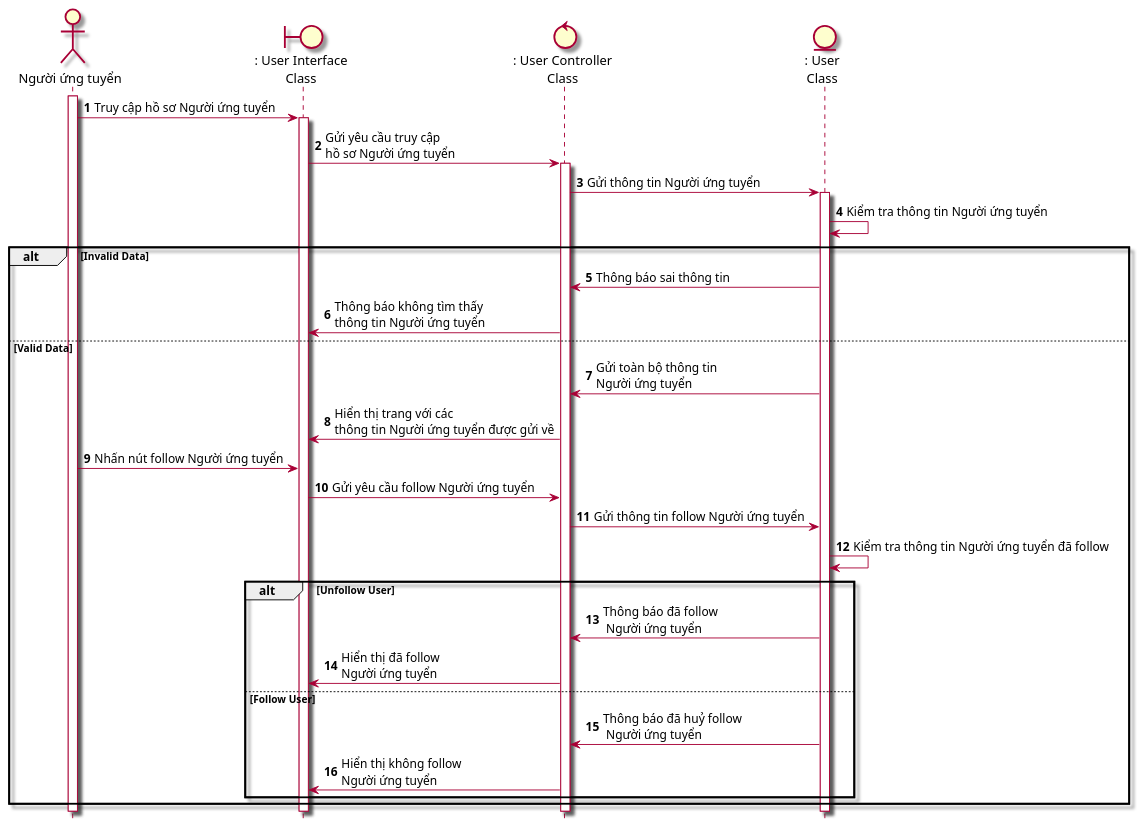
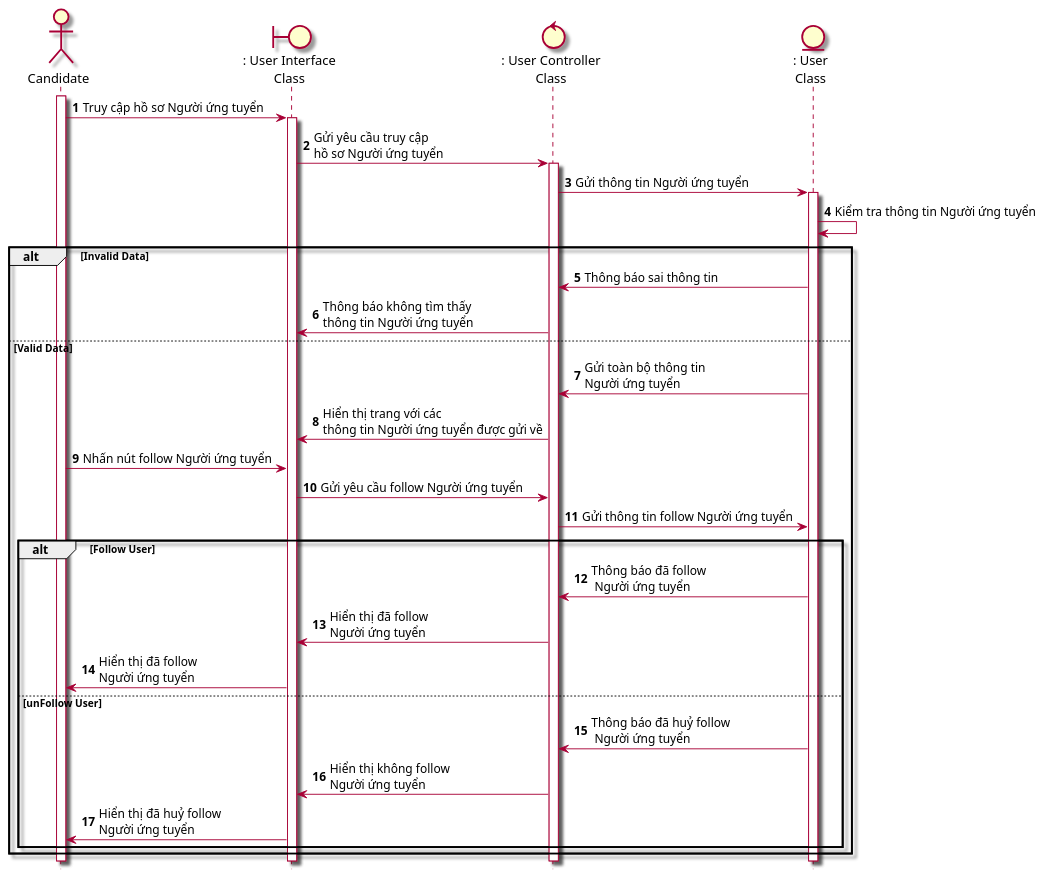
The diagram in Lab1/Lab 1.2 Diagram/Sequence/FilePUML/3.2 SeqTheoDoiNguoiUngTuyen.puml (Griselda4774/EAS-EmploymentAssistanceSystem), drawn with PlantUML before and after one commit. The commit also changed 20 other files, not shown here.

```diff
--- a/Lab1/Lab 1.2 Diagram/Sequence/FilePUML/3.2 SeqTheoDoiNguoiUngTuyen.puml
+++ b/Lab1/Lab 1.2 Diagram/Sequence/FilePUML/3.2 SeqTheoDoiNguoiUngTuyen.puml
@@ -1,32 +1,34 @@
 @startuml SeqTheoDoiCongTyTuyenDung
 skin rose 
 hide footbox
-actor nguoiUngTuyen as "Người ứng tuyển"
+actor candidate as "Candidate"
 boundary userInterface as ": User Interface\nClass"
 control userController as ": User Controller\nClass"
 entity User as ": User\nClass"
-nguoiUngTuyen++
+candidate++
 autonumber
-nguoiUngTuyen -> userInterface++: Truy cập hồ sơ Người ứng tuyển
+candidate -> userInterface++: Truy cập hồ sơ Người ứng tuyển
 userInterface -> userController++: Gửi yêu cầu truy cập \nhồ sơ Người ứng tuyển 
 userController -> User++: Gửi thông tin Người ứng tuyển
 User -> User: Kiểm tra thông tin Người ứng tuyển 
 alt Invalid Data
 User -> userController: Thông báo sai thông tin
 userController-> userInterface: Thông báo không tìm thấy\nthông tin Người ứng tuyển
 else Valid Data
 User -> userController: Gửi toàn bộ thông tin \nNgười ứng tuyển
 userController -> userInterface: Hiển thị trang với các \nthông tin Người ứng tuyển được gửi về
-nguoiUngTuyen -> userInterface: Nhấn nút follow Người ứng tuyển
+candidate -> userInterface: Nhấn nút follow Người ứng tuyển
 userInterface -> userController: Gửi yêu cầu follow Người ứng tuyển
 userController -> User: Gửi thông tin follow Người ứng tuyển
-User -> User: Kiểm tra thông tin Người ứng tuyển đã follow
-    alt Unfollow User
+    alt Follow User
         User -> userController: Thông báo đã follow\n Người ứng tuyển
         userController->userInterface: Hiển thị đã follow \nNgười ứng tuyển 
-    else Follow User
+        userInterface->candidate: Hiển thị đã follow \nNgười ứng tuyển 
+
+    else unFollow User
         User -> userController: Thông báo đã huỷ follow\n Người ứng tuyển 
-        userController->userInterface: Hiển thị không follow \nNgười ứng tuyển 
+        userController->userInterface: Hiển thị không follow \nNgười ứng tuyển
+        userInterface->candidate: Hiển thị đã huỷ follow \nNgười ứng tuyển 
     end
 end
 @enduml
```
